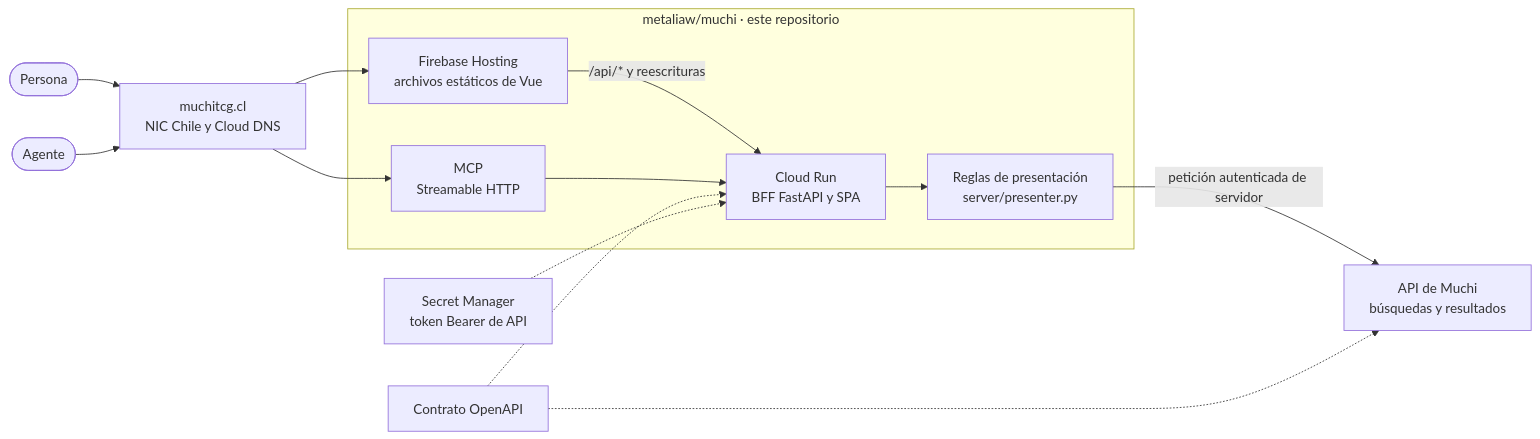
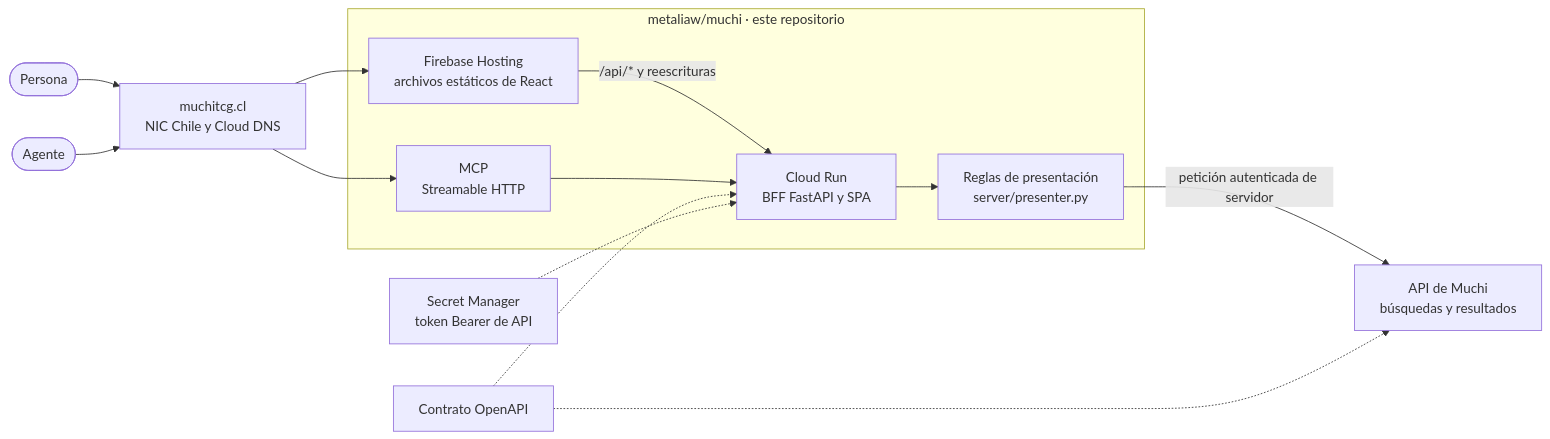
One commit to metaliaw/muchi changed the first of 2 diagrams in docs/architecture.es.md. Above: the diagram before and after it, drawn with Mermaid. The commit also changed other lines of this file and 118 other files, not shown here.

First line of the commit message:
Replace the Vue frontend with React

````diff
--- a/docs/architecture.es.md
+++ b/docs/architecture.es.md
@@ -13,27 +13,27 @@
 ```mermaid
 flowchart LR
     person([Persona])
     agent([Agente])
     dns["muchitcg.cl<br/>NIC Chile y Cloud DNS"]
 
     subgraph front["metaliaw/muchi · este repositorio"]
-        hosting["Firebase Hosting<br/>archivos estáticos de Vue"]
+        hosting["Firebase Hosting<br/>archivos estáticos de React"]
         bff["Cloud Run<br/>BFF FastAPI y SPA"]
         mcp["MCP<br/>Streamable HTTP"]
         presenter["Reglas de presentación<br/>server/presenter.py"]
         hosting -->|"/api/* y reescrituras"| bff
         mcp --> bff
         bff --> presenter
     end
 
     api["API de Muchi<br/>búsquedas y resultados"]
     contract["Contrato OpenAPI"]
     secret["Secret Manager<br/>token Bearer de API"]
 
     person --> dns --> hosting
     agent --> dns --> mcp
     presenter -->|"petición autenticada de servidor"| api
     contract -.-> bff
     contract -.-> api
     secret -.-> bff
 ```
````
